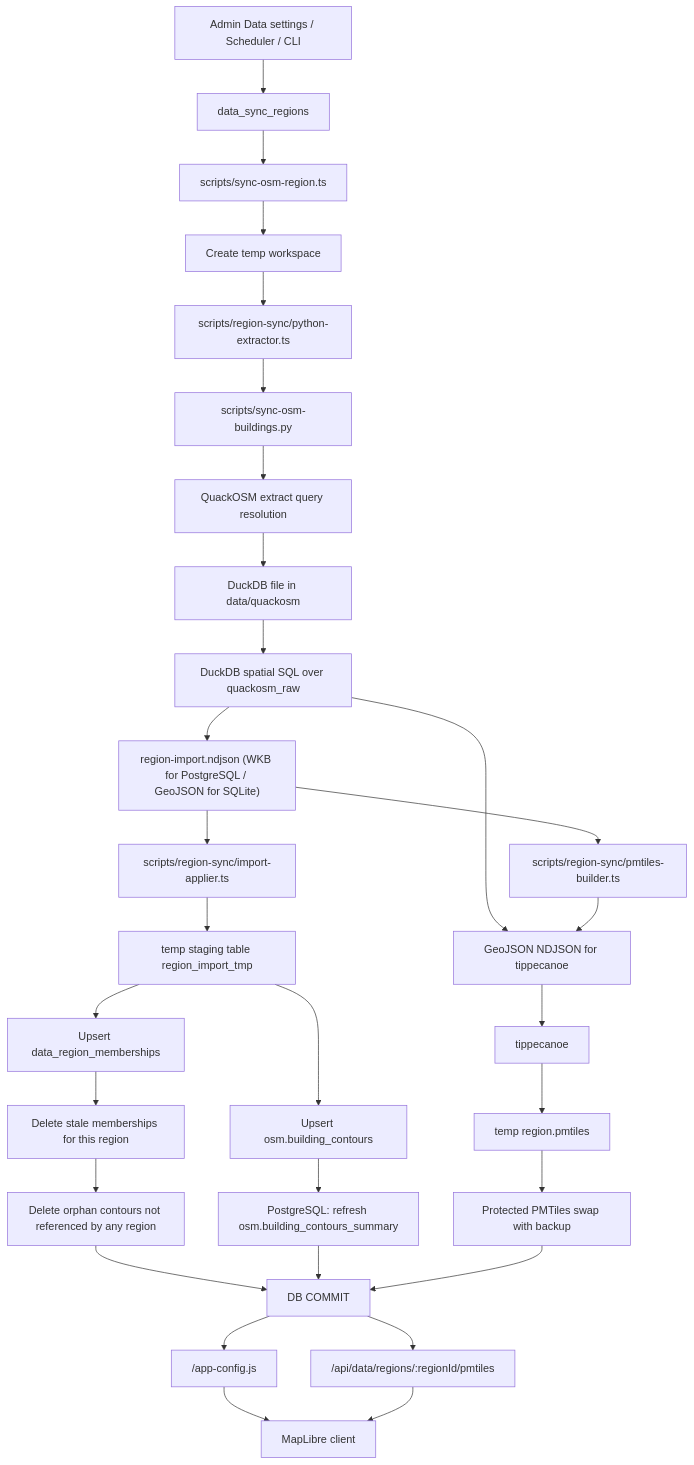
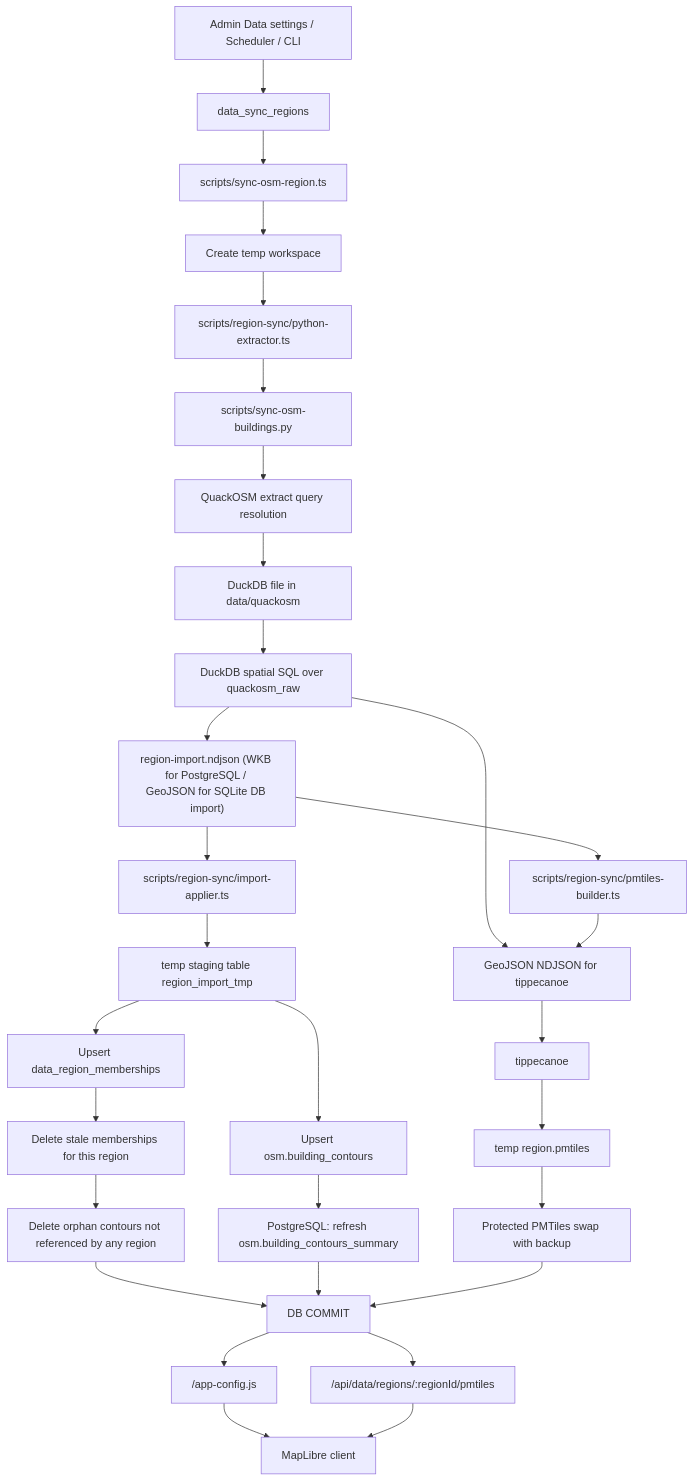
Before and after one commit to streletskiy/archimap: the diagram in docs/osm-import-pipeline.md, drawn with Mermaid. The commit also changed other lines of this file and 44 other files, not shown here.

````diff
--- a/docs/osm-import-pipeline.md
+++ b/docs/osm-import-pipeline.md
@@ -91,32 +96,32 @@
 ```mermaid
 flowchart TD
   A["Admin Data settings / Scheduler / CLI"] --> B["data_sync_regions"]
   B --> C["scripts/sync-osm-region.ts"]
   C --> D["Create temp workspace"]
   D --> E["scripts/region-sync/python-extractor.ts"]
   E --> F["scripts/sync-osm-buildings.py"]
   F --> G["QuackOSM extract query resolution"]
   G --> H["DuckDB file in data/quackosm"]
   H --> I["DuckDB spatial SQL over quackosm_raw"]
-  I --> J["region-import.ndjson (WKB for PostgreSQL / GeoJSON for SQLite)"]
-  I --> L["region-build.ndjson (GeoJSON for PostgreSQL full sync)"]
+  I --> J["region-import.ndjson (WKB for PostgreSQL / GeoJSON for SQLite DB import)"]
+  I --> L["region-build.ndjson (GeoJSON for full-sync PMTiles)"]
   J --> K["scripts/region-sync/pmtiles-builder.ts"]
   K --> L["GeoJSON NDJSON for tippecanoe"]
   L --> M["tippecanoe"]
   M --> N["temp region.pmtiles"]
   J --> O["scripts/region-sync/import-applier.ts"]
   O --> P["temp staging table region_import_tmp"]
   P --> Q["Upsert osm.building_contours"]
   P --> R["Upsert data_region_memberships"]
   R --> S["Delete stale memberships for this region"]
   S --> T["Delete orphan contours not referenced by any region"]
   Q --> U["PostgreSQL: refresh osm.building_contours_summary"]
   N --> V["Protected PMTiles swap with backup"]
   T --> W[DB COMMIT]
   U --> W
   V --> W
   W --> X["/app-config.js"]
   W --> Y["/api/data/regions/:regionId/pmtiles"]
   X --> Z["MapLibre client"]
   Y --> Z
 ```
````
